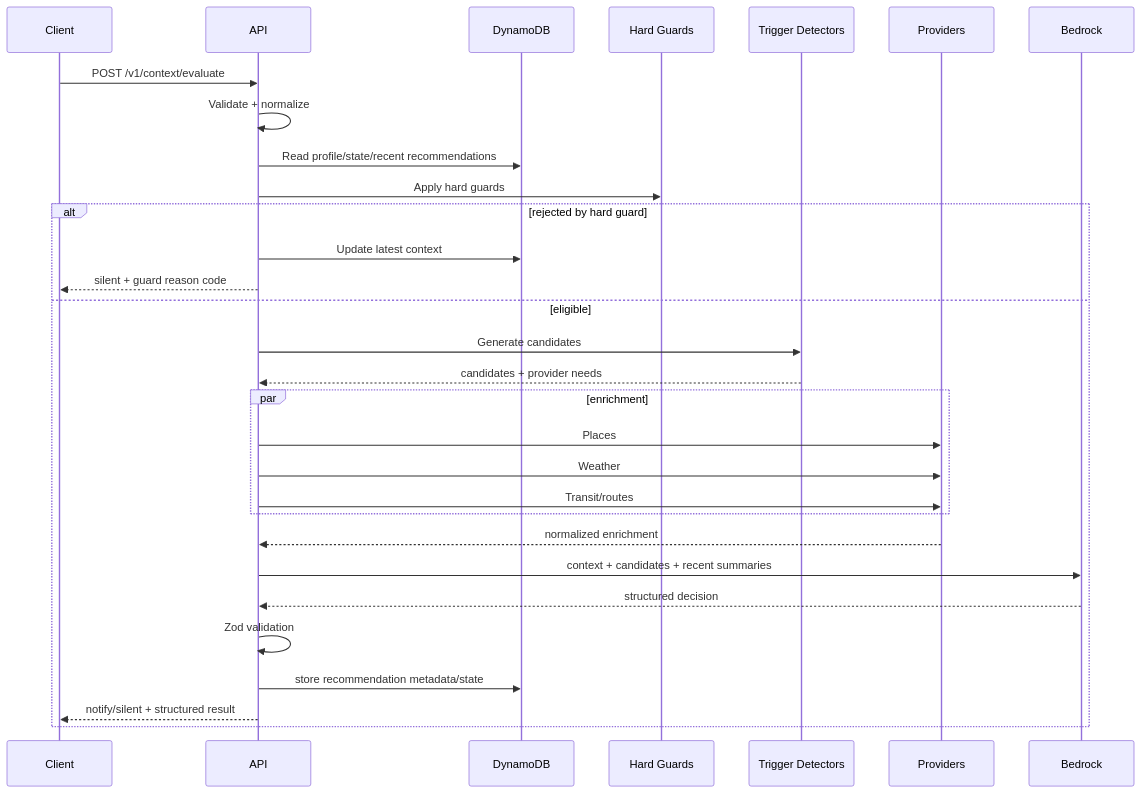
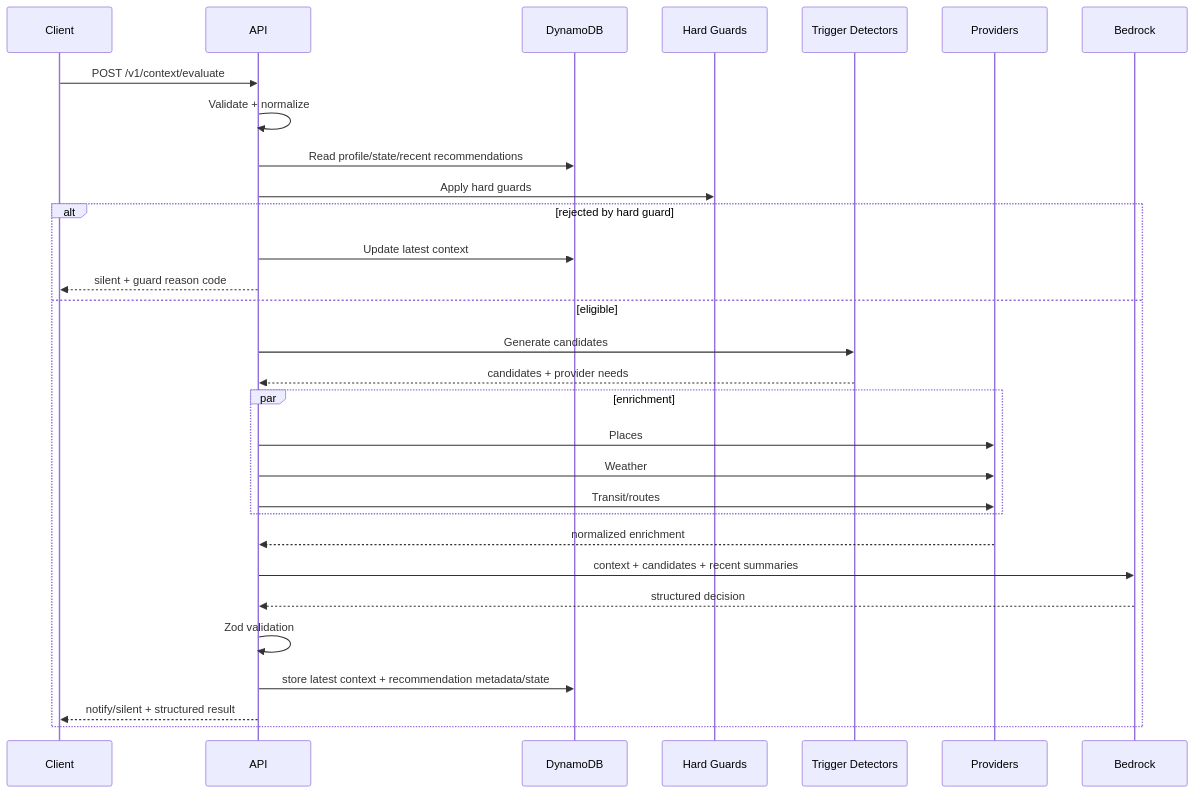
Before and after one commit to xe-pc23/Contextia: the second of 2 diagrams in docs/ARCHITECTURE.md, drawn with Mermaid. The commit also changed other lines of this file and 17 other files, not shown here.

````diff
--- a/docs/ARCHITECTURE.md
+++ b/docs/ARCHITECTURE.md
@@ -217,34 +219,34 @@
 ```mermaid
 sequenceDiagram
   participant C as Client
   participant A as API
   participant D as DynamoDB
   participant G as Hard Guards
   participant T as Trigger Detectors
   participant P as Providers
   participant B as Bedrock
 
   C->>A: POST /v1/context/evaluate
   A->>A: Validate + normalize
   A->>D: Read profile/state/recent recommendations
   A->>G: Apply hard guards
 
   alt rejected by hard guard
     A->>D: Update latest context
     A-->>C: silent + guard reason code
   else eligible
     A->>T: Generate candidates
     T-->>A: candidates + provider needs
     par enrichment
       A->>P: Places
       A->>P: Weather
       A->>P: Transit/routes
     end
     P-->>A: normalized enrichment
     A->>B: context + candidates + recent summaries
     B-->>A: structured decision
     A->>A: Zod validation
-    A->>D: store recommendation metadata/state
+    A->>D: store latest context + recommendation metadata/state
     A-->>C: notify/silent + structured result
   end
 ```
````
